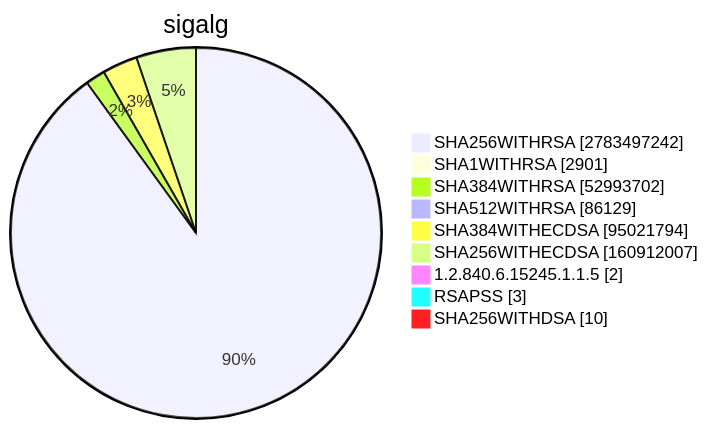
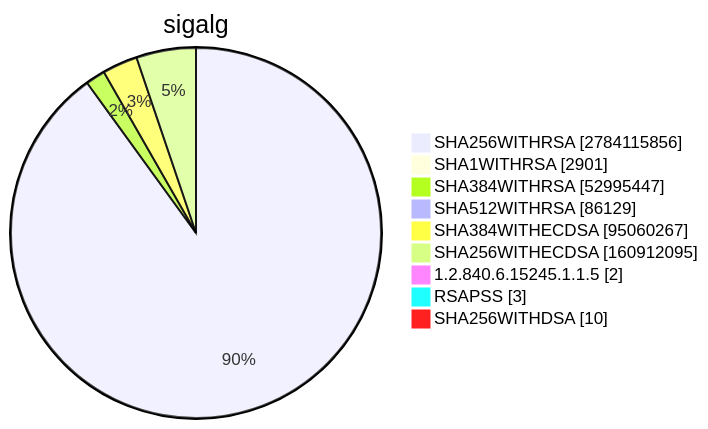
Before and after one commit to christiankrug/ctmonitor_visualization: diagram 15 of 15 in TOTAL/README.md, drawn with Mermaid. The commit also changed other lines of this file, not shown here.

````diff
--- a/TOTAL/README.md
+++ b/TOTAL/README.md
@@ -6207,13 +6207,13 @@
 ```mermaid
 pie showData
 title sigalg
-"SHA256WITHRSA" :2783497242
+"SHA256WITHRSA" :2784115856
 "SHA1WITHRSA" :2901
-"SHA384WITHRSA" :52993702
+"SHA384WITHRSA" :52995447
 "SHA512WITHRSA" :86129
-"SHA384WITHECDSA" :95021794
-"SHA256WITHECDSA" :160912007
+"SHA384WITHECDSA" :95060267
+"SHA256WITHECDSA" :160912095
 "1.2.840.6.15245.1.1.5" :2
 "RSAPSS" :3
 "SHA256WITHDSA" :10
 ```
````
